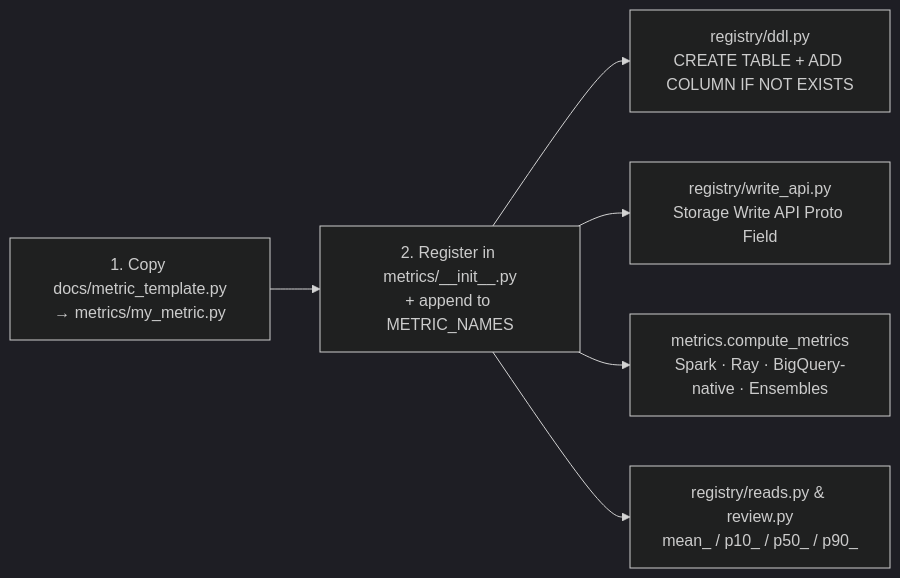
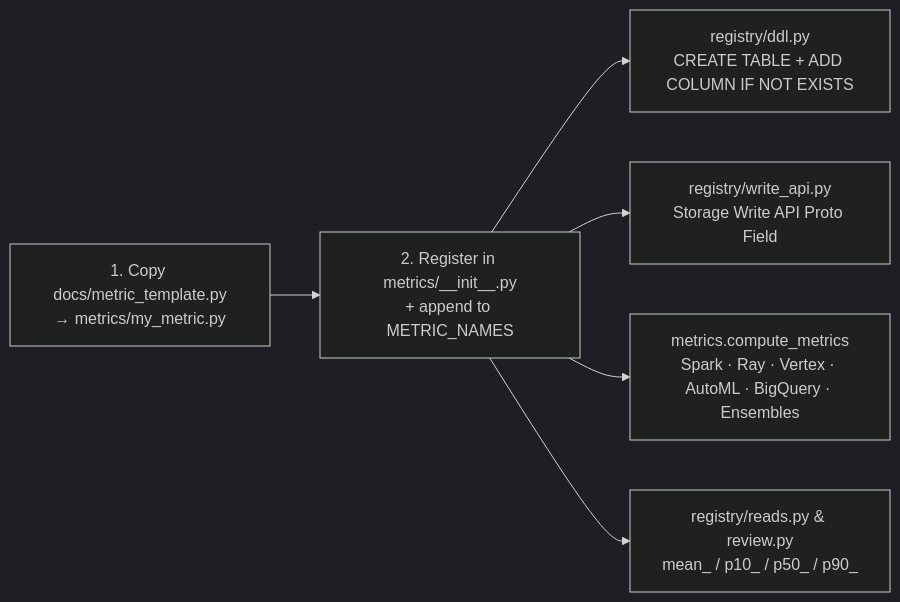
Before and after one commit to statmike/scale-forecasting: the diagram in docs/adding_a_metric.md, drawn with Mermaid (dark theme). The commit also changed other lines of this file and 102 other files, not shown here.

Commit message:
feat(automl,explainability): add Vertex AI AutoML & Tabular Workflows (vertex_l2l, vertex_tide, vertex_tft, vertex_seq2seq), Two-Tier Feature Attributions, and repo-wide docs

````diff
--- a/docs/adding_a_metric.md
+++ b/docs/adding_a_metric.md
@@ -12,8 +12,8 @@
 ```mermaid
 flowchart LR
-    M["1. Copy docs/metric_template.py\n→ metrics/my_metric.py"] --> Reg["2. Register in metrics/__init__.py\n+ append to METRIC_NAMES"]
-    Reg --> DDL["registry/ddl.py\nCREATE TABLE + ADD COLUMN IF NOT EXISTS"]
-    Reg --> Proto["registry/write_api.py\nStorage Write API Proto Field"]
-    Reg --> Score["metrics.compute_metrics\nSpark · Ray · BigQuery-native · Ensembles"]
-    Reg --> Rev["registry/reads.py & review.py\nmean_ / p10_ / p50_ / p90_"]
+    M["1. Copy docs/metric_template.py<br/>→ metrics/my_metric.py"] --> Reg["2. Register in metrics/__init__.py<br/>+ append to METRIC_NAMES"]
+    Reg --> DDL["registry/ddl.py<br/>CREATE TABLE + ADD COLUMN IF NOT EXISTS"]
+    Reg --> Proto["registry/write_api.py<br/>Storage Write API Proto Field"]
+    Reg --> Score["metrics.compute_metrics<br/>Spark · Ray · Vertex · AutoML · BigQuery · Ensembles"]
+    Reg --> Rev["registry/reads.py & review.py<br/>mean_ / p10_ / p50_ / p90_"]
 ```
````
